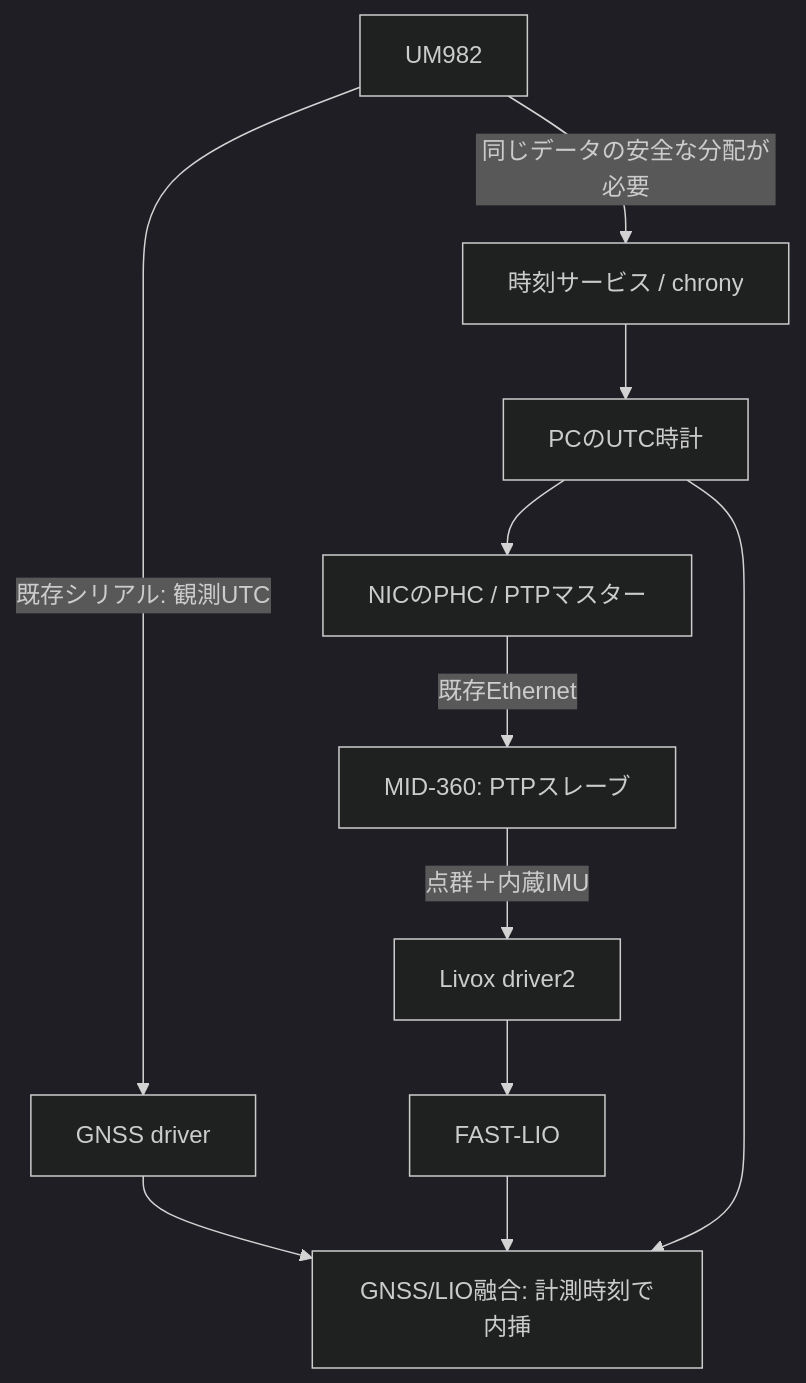
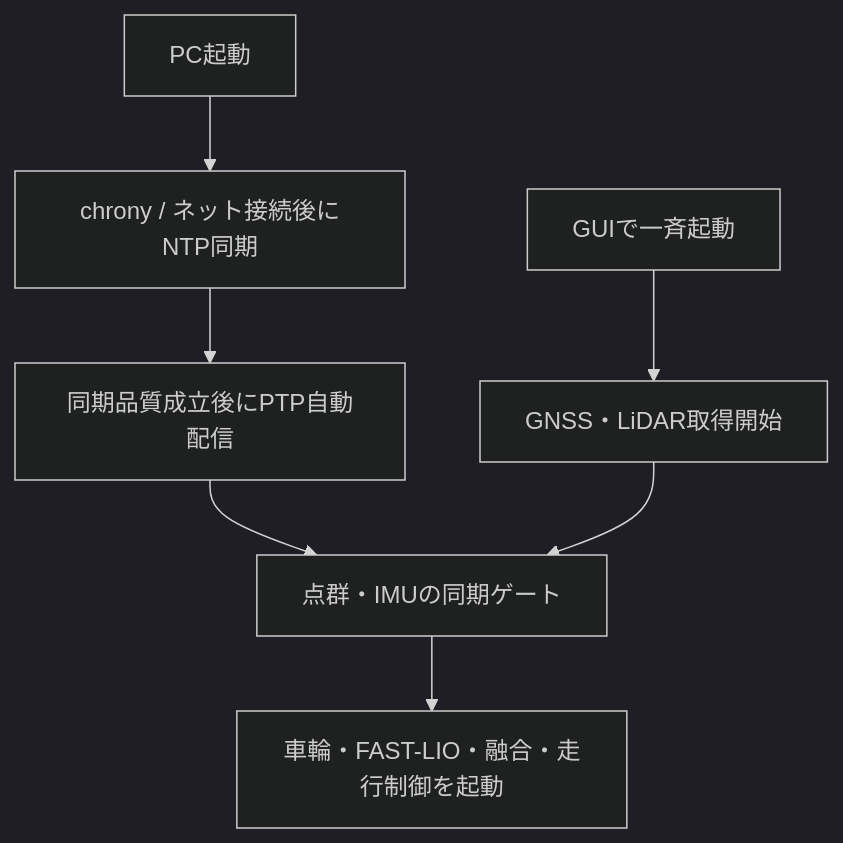
One commit to kazoga/tc2026 changed the diagram in docs/GNSS_FASTLIO時刻同期提案.md. Above: the diagram before and after it, drawn with Mermaid (dark theme). The commit also changed other lines of this file and 23 other files, not shown here.

````diff
--- a/docs/GNSS_FASTLIO時刻同期提案.md
+++ b/docs/GNSS_FASTLIO時刻同期提案.md
@@ -21,13 +6,9 @@
 ```mermaid
 flowchart TD
-    U[UM982] -->|既存シリアル: 観測UTC| G[GNSS driver]
-    U -->|同じデータの安全な分配が必要| C[時刻サービス / chrony]
-    C --> P[PCのUTC時計]
-    P --> H[NICのPHC / PTPマスター]
-    H -->|既存Ethernet| M[MID-360: PTPスレーブ]
-    M -->|点群＋内蔵IMU| D[Livox driver2]
-    D --> L[FAST-LIO]
-    G --> F[GNSS/LIO融合: 計測時刻で内挿]
-    L --> F
-    P --> F
+    A[PC起動] --> B[chrony / ネット接続後にNTP同期]
+    B --> C[同期品質成立後にPTP自動配信]
+    D[GUIで一斉起動] --> E[GNSS・LiDAR取得開始]
+    C --> F[点群・IMUの同期ゲート]
+    E --> F
+    F --> G[車輪・FAST-LIO・融合・走行制御を起動]
 ```
````
